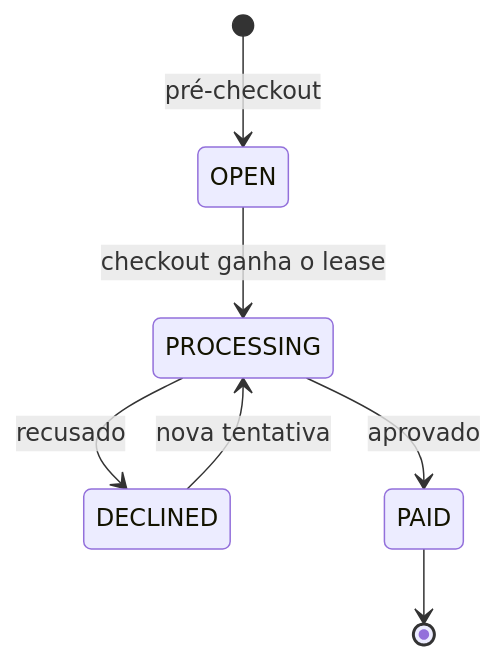
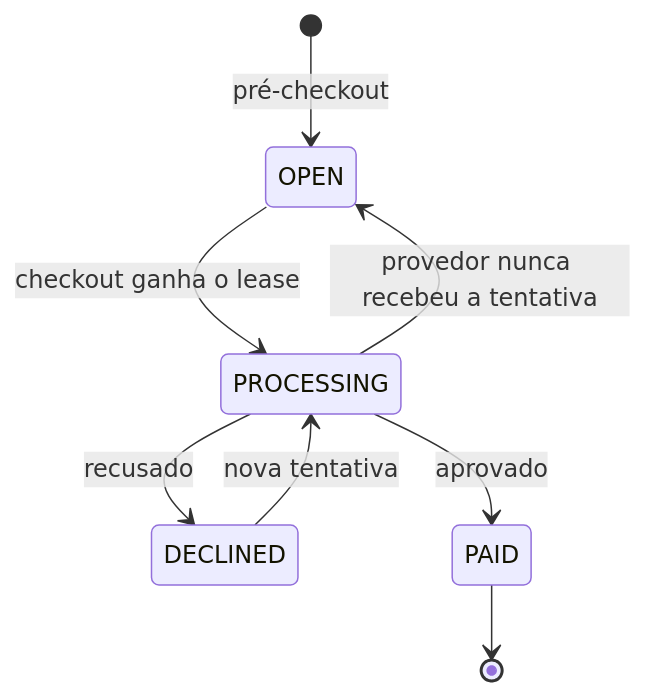
One commit to magnolett/checkout-bff changed the third of 3 diagrams in README.md. Above: the diagram before and after it, drawn with Mermaid. The commit also changed other lines of this file and 20 other files, not shown here.

````diff
--- a/README.md
+++ b/README.md
@@ -357,9 +388,10 @@
 ```mermaid
 stateDiagram-v2
     [*] --> OPEN: pré-checkout
     OPEN --> PROCESSING: checkout ganha o lease
     DECLINED --> PROCESSING: nova tentativa
     PROCESSING --> PAID: aprovado
     PROCESSING --> DECLINED: recusado
+    PROCESSING --> OPEN: provedor nunca recebeu a tentativa
     PAID --> [*]
 ```
````
